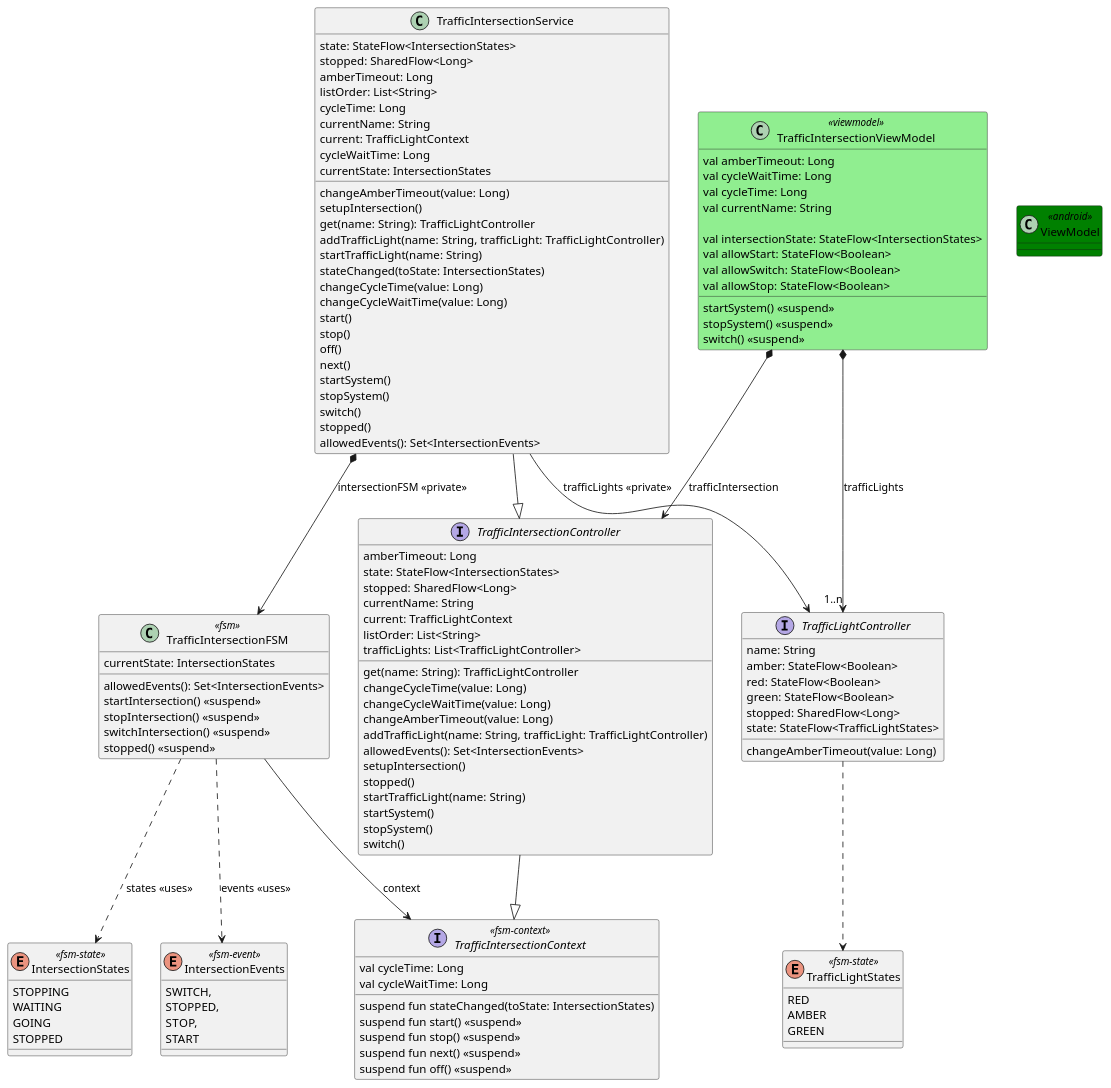
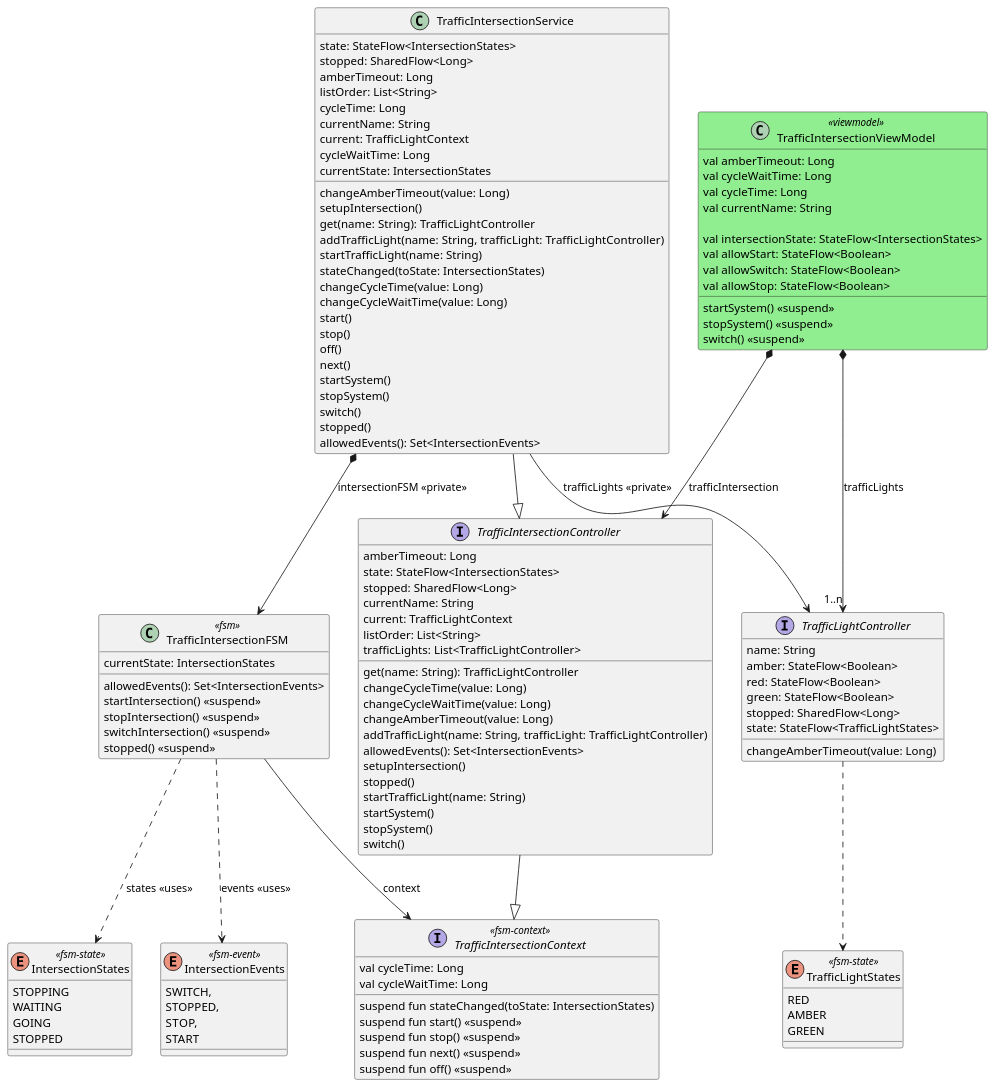
One commit to open-jumpco/kfsm-mpp-compose-traffic changed the diagram in models/traffic-intersection-model.puml. Above: the diagram before and after it, drawn with PlantUML. The commit also changed 1 other file, not shown here.

```diff
--- a/models/traffic-intersection-model.puml
+++ b/models/traffic-intersection-model.puml
@@ -1,137 +1,134 @@
 @startuml
 
 enum TrafficLightStates <<fsm-state>> {
     RED
     AMBER
     GREEN
 }
 
 interface TrafficLightController {
     name: String
     amber: StateFlow<Boolean>
     red: StateFlow<Boolean>
     green: StateFlow<Boolean>
     stopped: SharedFlow<Long>
     state: StateFlow<TrafficLightStates>
     changeAmberTimeout(value: Long)
 }
 
 TrafficLightController ..> TrafficLightStates
 
 enum IntersectionStates <<fsm-state>> {
     STOPPING
     WAITING
     GOING
     STOPPED
 }
 
 enum IntersectionEvents <<fsm-event>> {
     SWITCH,
     STOPPED,
     STOP,
     START
 }
 
 interface TrafficIntersectionContext <<fsm-context>> {
     val cycleTime: Long
     val cycleWaitTime: Long
     suspend fun stateChanged(toState: IntersectionStates)
     suspend fun start() <<suspend>>
     suspend fun stop() <<suspend>>
     suspend fun next() <<suspend>>
     suspend fun off() <<suspend>>
 }
 
 class TrafficIntersectionFSM <<fsm>> {
     currentState: IntersectionStates
     allowedEvents(): Set<IntersectionEvents>
     startIntersection() <<suspend>>
     stopIntersection() <<suspend>>
     switchIntersection() <<suspend>>
     stopped() <<suspend>>
 }
 
 TrafficIntersectionFSM --> TrafficIntersectionContext: context
 TrafficIntersectionFSM ..> IntersectionEvents: events <<uses>>
 TrafficIntersectionFSM ..> IntersectionStates: states <<uses>>
 
 interface TrafficIntersectionController {
     amberTimeout: Long
     state: StateFlow<IntersectionStates>
     stopped: SharedFlow<Long>
     currentName: String
     current: TrafficLightContext
     listOrder: List<String>
     trafficLights: List<TrafficLightController>
     get(name: String): TrafficLightController
     changeCycleTime(value: Long)
     changeCycleWaitTime(value: Long)
     changeAmberTimeout(value: Long)
     addTrafficLight(name: String, trafficLight: TrafficLightController)
     allowedEvents(): Set<IntersectionEvents>
     setupIntersection()
     stopped()
     startTrafficLight(name: String)
     startSystem()
     stopSystem()
     switch()
 }
 
 TrafficIntersectionController -|> TrafficIntersectionContext
 
 class TrafficIntersectionService {
     state: StateFlow<IntersectionStates>
     stopped: SharedFlow<Long>
     amberTimeout: Long
     changeAmberTimeout(value: Long)
     setupIntersection()
     listOrder: List<String>
     cycleTime: Long
         currentName: String
         current: TrafficLightContext
         cycleWaitTime: Long
         currentState: IntersectionStates
     get(name: String): TrafficLightController
     addTrafficLight(name: String, trafficLight: TrafficLightController)
     startTrafficLight(name: String)
     stateChanged(toState: IntersectionStates)
     changeCycleTime(value: Long)
     changeCycleWaitTime(value: Long)
     start()
     stop()
     off()
     next()
     startSystem()
     stopSystem()
     switch()
     stopped()
     allowedEvents(): Set<IntersectionEvents>
 }
 
 TrafficIntersectionService --|> TrafficIntersectionController
 TrafficIntersectionService *--> TrafficIntersectionFSM: intersectionFSM <<private>>
 TrafficIntersectionService --> TrafficLightController: trafficLights <<private>>
 
 class TrafficIntersectionViewModel <<viewmodel>> #lightgreen {
     val amberTimeout: Long
     val cycleWaitTime: Long
     val cycleTime: Long
     val currentName: String
 
     val intersectionState: StateFlow<IntersectionStates>
     val allowStart: StateFlow<Boolean>
     val allowSwitch: StateFlow<Boolean>
     val allowStop: StateFlow<Boolean>
 
     startSystem() <<suspend>>
     stopSystem() <<suspend>>
     switch() <<suspend>>
 }
 
 TrafficIntersectionViewModel *--> "1..n" TrafficLightController: trafficLights
 TrafficIntersectionViewModel *--> TrafficIntersectionController: trafficIntersection
 
-class ViewModel <<android>> #green {
-}
-
 @enduml
```
